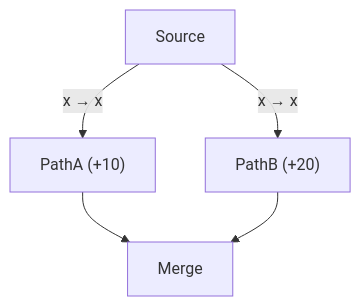
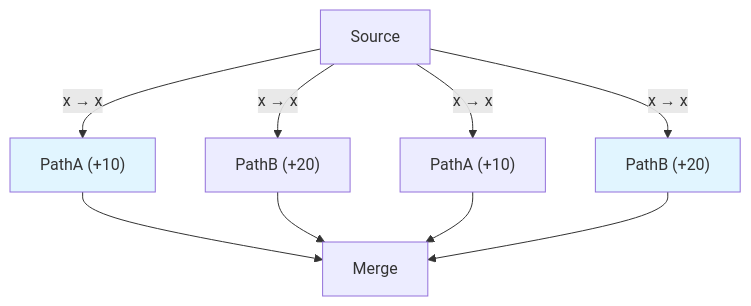
The third of 6 diagrams in README.md (briday1/graph-sp), drawn with Mermaid before and after one commit. The commit also changed other lines of this file and 3 other files, not shown here.

````diff
--- a/README.md
+++ b/README.md
@@ -256,11 +261,19 @@
 ```mermaid
 graph TD
-    0["Source"]
-    1["PathA (+10)"]
-    2["PathB (+20)"]
-    5["Merge"]
-    0 -->|x → x| 1
-    0 -->|x → x| 2
-    1 --> 5
-    2 --> 5
+0["Source"]
+1["PathA (+10)"]
+2["PathB (+20)"]
+3["PathA (+10)"]
+4["PathB (+20)"]
+5["Merge"]
+0 -->|x → x| 1
+0 -->|x → x| 2
+0 -->|x → x| 3
+0 -->|x → x| 4
+1 --> 5
+4 --> 5
+3 --> 5
+2 --> 5
+style 1 fill:#e1f5ff
+style 2 fill:#e1f5ff
 ```
````
